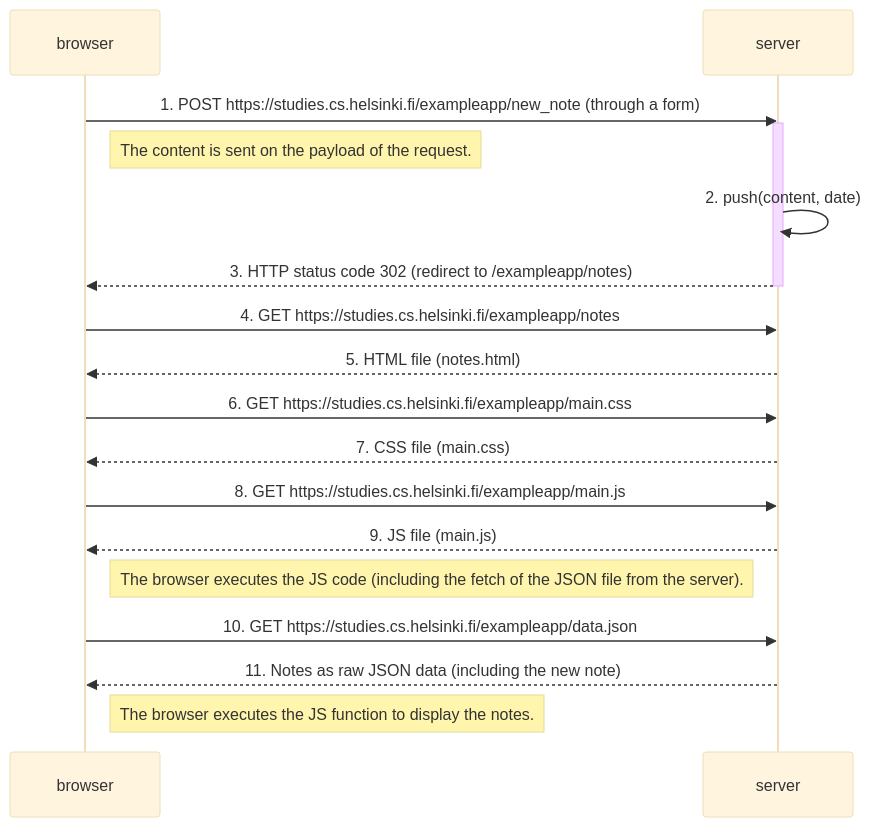
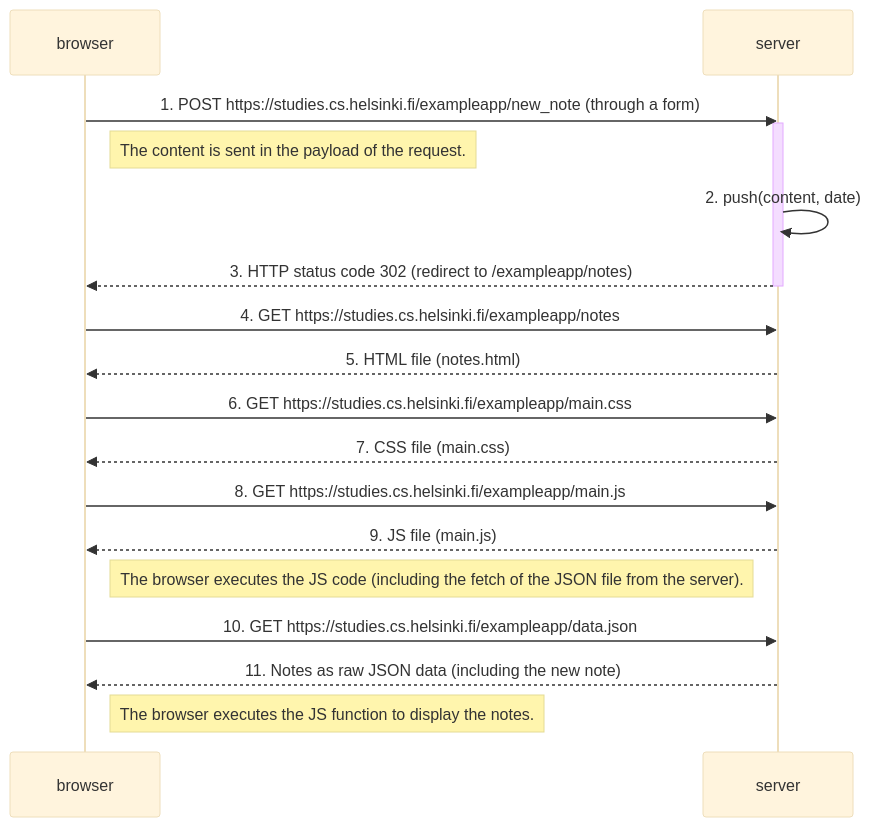
The diagram in part0/0.4-New note diagram.md (martin-men/FullStackOpen), drawn with Mermaid (base theme) before and after one commit. The commit also changed 1 other file, not shown here.

Commit message:
Part 0 - Excercise 0.6-New note in Single page app diagram

````diff
--- a/part0/0.4-New note diagram.md
+++ b/part0/0.4-New note diagram.md
@@ -1,35 +1,35 @@
 ```mermaid
 sequenceDiagram
     participant browser
     participant server
 
     browser->>server: 1. POST https://studies.cs.helsinki.fi/exampleapp/new_note (through a form)
 
     activate server
-        Note right of browser: The content is sent on the payload of the request.
+        Note right of browser: The content is sent in the payload of the request.
     
         server->>server: 2. push(content, date)
     
         server-->>browser: 3. HTTP status code 302 (redirect to /exampleapp/notes)
     deactivate server
 
     browser->>server: 4. GET https://studies.cs.helsinki.fi/exampleapp/notes
     
     server-->>browser: 5. HTML file (notes.html)
 
     browser->>server: 6. GET https://studies.cs.helsinki.fi/exampleapp/main.css
 
     server-->>browser: 7. CSS file (main.css)
 
     browser->>server: 8. GET https://studies.cs.helsinki.fi/exampleapp/main.js
 
     server-->>browser: 9. JS file (main.js)
 
     Note right of browser: The browser executes the JS code (including the fetch of the JSON file from the server).
 
     browser->>server: 10. GET https://studies.cs.helsinki.fi/exampleapp/data.json
 
     server-->>browser: 11. Notes as raw JSON data (including the new note)
 
     Note right of browser: The browser executes the JS function to display the notes.
 ```
````
